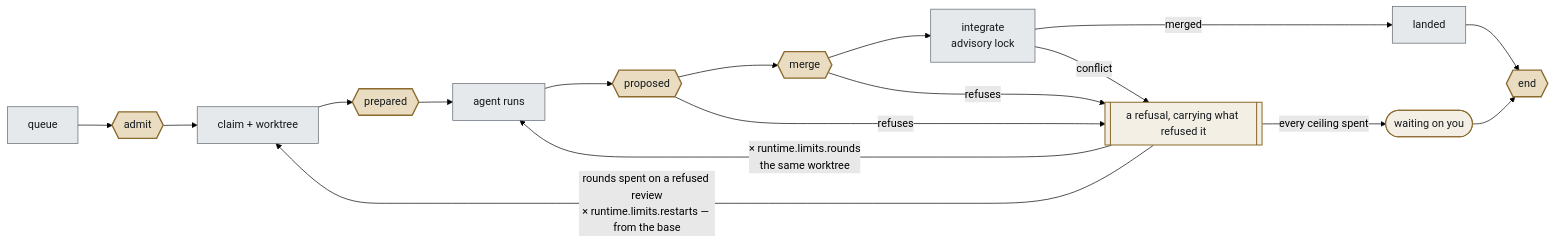
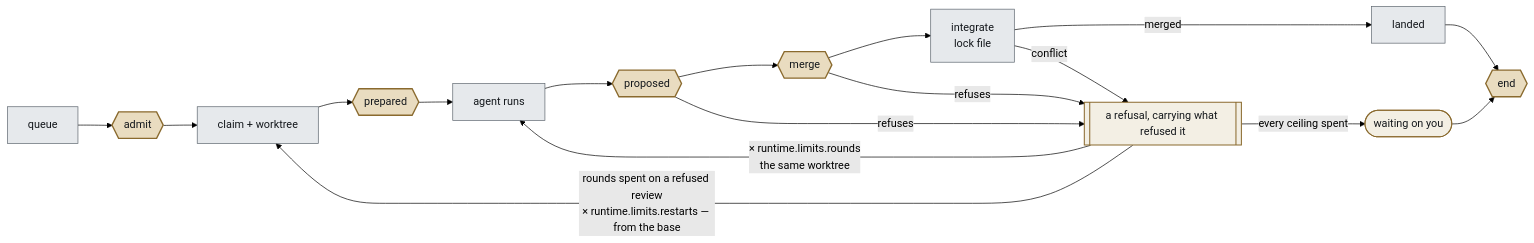
Before and after one commit to steven-zhc/lingtai: the second of 2 diagrams in README.md, drawn with Mermaid (forest theme). The commit also changed other lines of this file and 15 other files, not shown here.

````diff
--- a/README.md
+++ b/README.md
@@ -87,28 +87,28 @@
 ```mermaid
 flowchart LR
   Q[queue] --> A{{admit}}
   A --> C[claim + worktree]
   C --> P{{prepared}}
   P --> AG[agent runs]
   AG --> D{{proposed}}
   D --> M{{merge}}
-  M --> I[integrate<br/>advisory lock]
+  M --> I[integrate<br/>lock file]
   I -->|merged| L[landed]
   L --> E{{end}}
 
   D -->|refuses| R
   M -->|refuses| R
   I -->|conflict| R
   R[["a refusal, carrying what refused it"]]
   R -->|"× runtime.limits.rounds<br/>the same worktree"| AG
   R -->|"rounds spent on a refused review<br/>× runtime.limits.restarts — from the base"| C
   R -->|"every ceiling spent"| Y
   Y(["waiting on you"]) --> E
 
   classDef gate fill:#e9dcc0,stroke:#8a6a2e,stroke-width:2px,color:#14181c;
   classDef core fill:#e6e9ec,stroke:#5c646d,color:#14181c;
   classDef back fill:#f3efe4,stroke:#8a6a2e,stroke-width:1.5px,color:#14181c;
   class A,P,D,M,E gate;
   class Q,C,AG,I,L core;
   class R,Y back;
 ```
````
